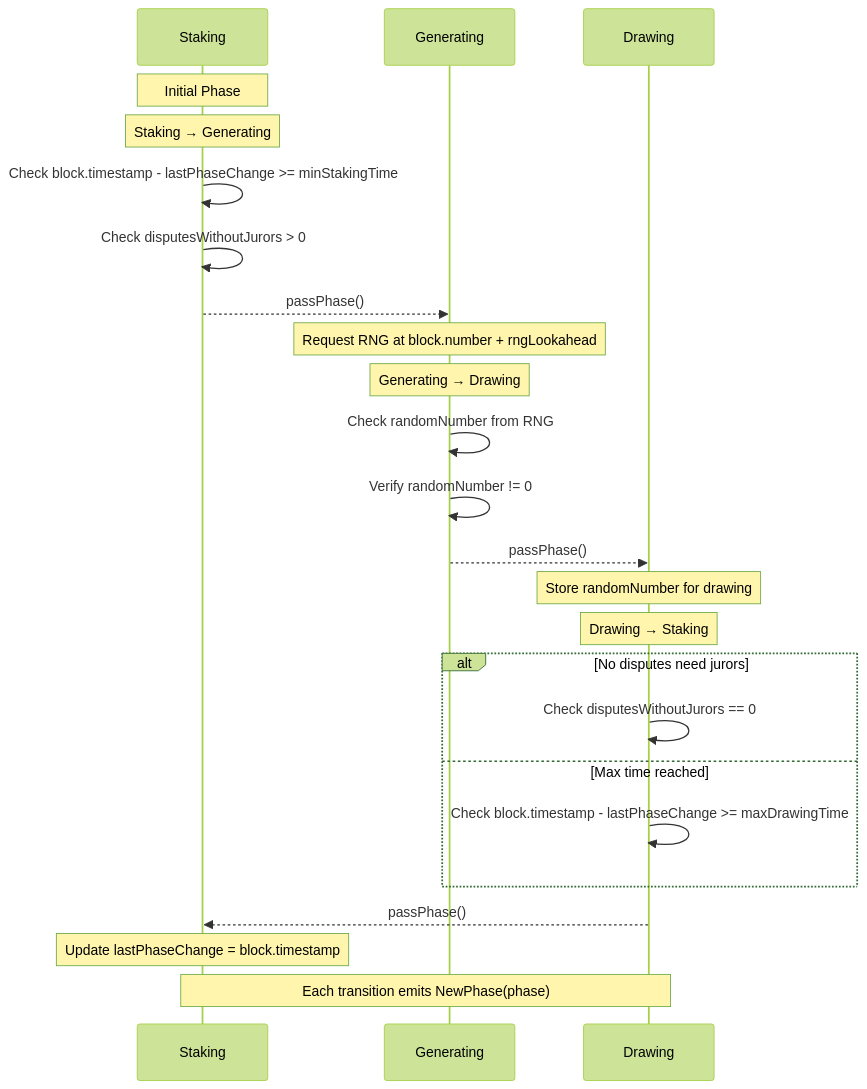
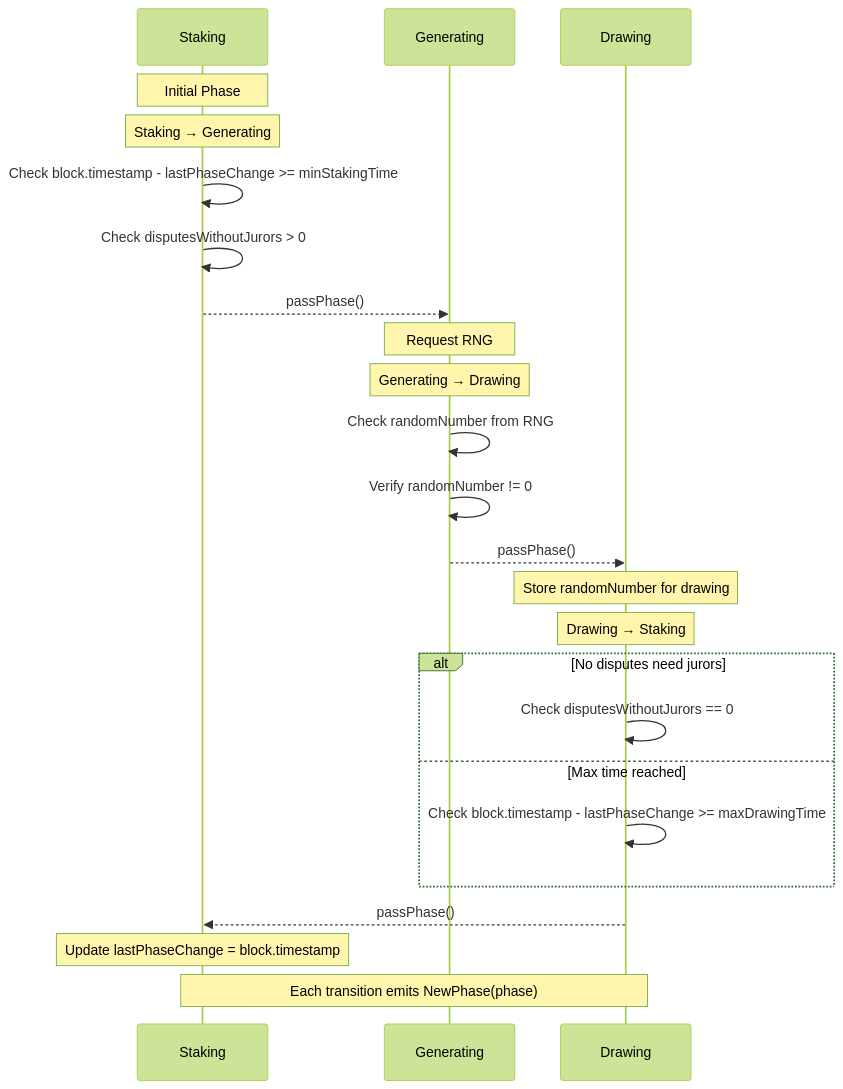
Before and after one commit to kleros/kleros-v2: the first of 2 diagrams in contracts/specifications/sortition-module.md, drawn with Mermaid (forest theme). The commit also changed other lines of this file and 105 other files, not shown here.

````diff
--- a/contracts/specifications/sortition-module.md
+++ b/contracts/specifications/sortition-module.md
@@ -68,31 +68,31 @@
 ```mermaid
 sequenceDiagram
     participant Staking
     participant Generating
     participant Drawing
 
     Note over Staking: Initial Phase
 
     Note over Staking: Staking → Generating
     Staking->>Staking: Check block.timestamp - lastPhaseChange >= minStakingTime
     Staking->>Staking: Check disputesWithoutJurors > 0
     Staking-->>Generating: passPhase()
-    Note over Generating: Request RNG at block.number + rngLookahead
+    Note over Generating: Request RNG
 
     Note over Generating: Generating → Drawing
     Generating->>Generating: Check randomNumber from RNG
     Generating->>Generating: Verify randomNumber != 0
     Generating-->>Drawing: passPhase()
     Note over Drawing: Store randomNumber for drawing
 
     Note over Drawing: Drawing → Staking
     alt No disputes need jurors
         Drawing->>Drawing: Check disputesWithoutJurors == 0
     else Max time reached
         Drawing->>Drawing: Check block.timestamp - lastPhaseChange >= maxDrawingTime
     end
     Drawing-->>Staking: passPhase()
     Note over Staking: Update lastPhaseChange = block.timestamp
 
     Note over Staking,Drawing: Each transition emits NewPhase(phase)
 ```
````
